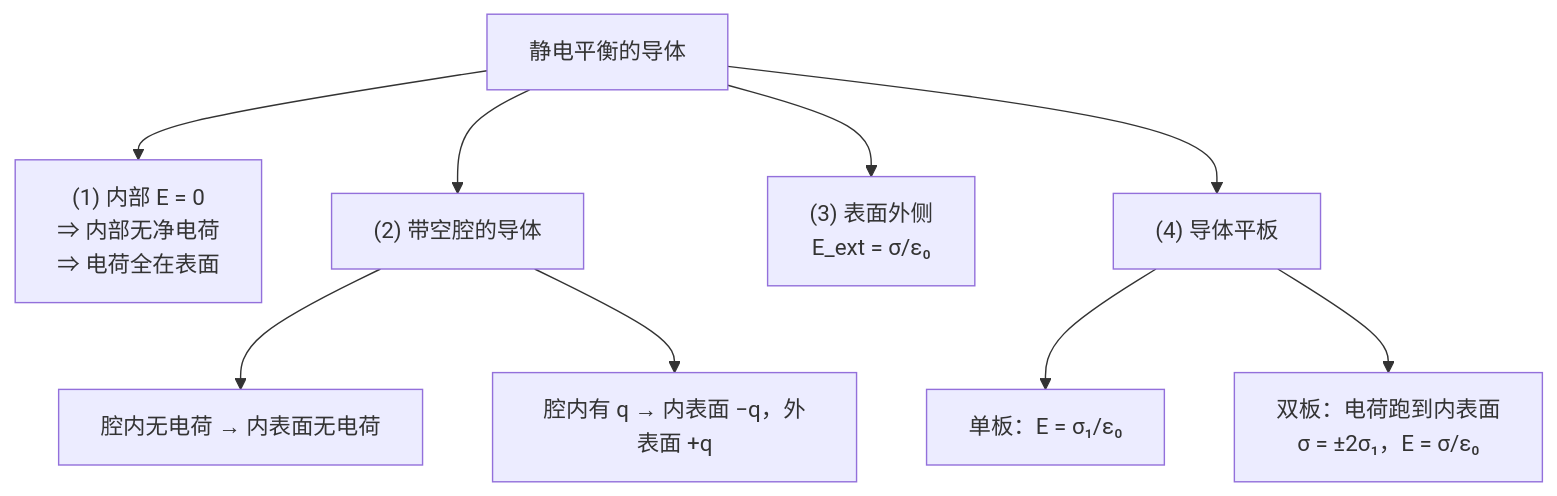
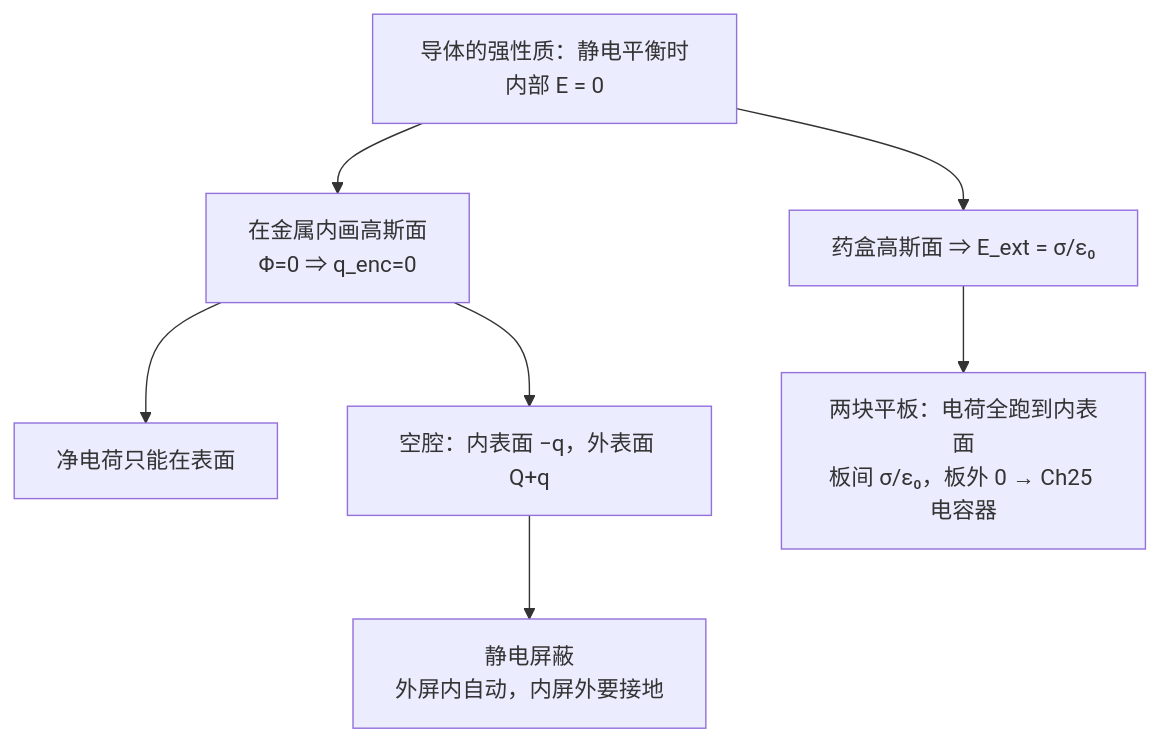
The first of 3 diagrams in 物理/C23.3 带电导体的电场.md (KayeAdams515/ClaudeNotes), drawn with Mermaid before and after one commit. The commit also changed other lines of this file and 74 other files, not shown here.

````diff
--- a/物理/C23.3 带电导体的电场.md
+++ b/物理/C23.3 带电导体的电场.md
@@ -15,11 +21,9 @@
 ```mermaid
 graph TD
-    A["静电平衡的导体"] --> B["(1) 内部 E = 0<br/>⇒ 内部无净电荷<br/>⇒ 电荷全在表面"]
-    A --> C["(2) 带空腔的导体"]
-    C --> C1["腔内无电荷 → 内表面无电荷"]
-    C --> C2["腔内有 q → 内表面 −q，外表面 +q"]
-    A --> D["(3) 表面外侧<br/>E_ext = σ/ε₀"]
-    A --> E["(4) 导体平板"]
-    E --> E1["单板：E = σ₁/ε₀"]
-    E --> E2["双板：电荷跑到内表面<br/>σ = ±2σ₁，E = σ/ε₀"]
+    A["导体的强性质：静电平衡时内部 E = 0"] --> B["在金属内画高斯面<br/>Φ=0 ⇒ q_enc=0"]
+    B --> C["净电荷只能在表面"]
+    B --> D["空腔：内表面 −q，外表面 Q+q"]
+    D --> E["静电屏蔽<br/>外屏内自动，内屏外要接地"]
+    A --> F["药盒高斯面 ⇒ E_ext = σ/ε₀"]
+    F --> G["两块平板：电荷全跑到内表面<br/>板间 σ/ε₀，板外 0 → Ch25 电容器"]
 ```
````
